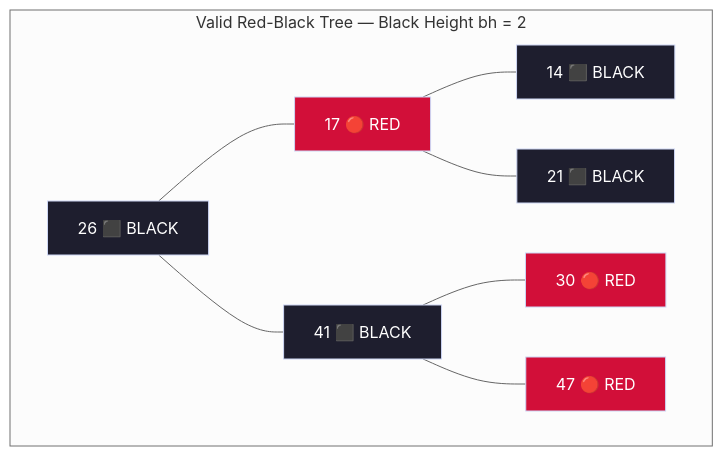
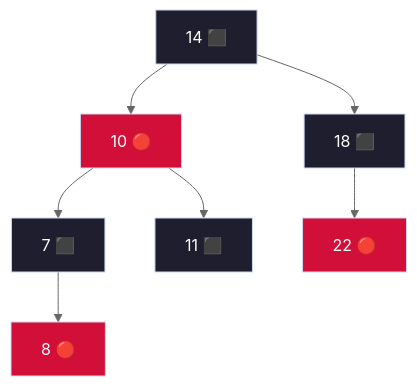
The eighth of 29 diagrams in notes/design_and_analysis_of_algorithms/Unit_04_Advanced_Data_Structures.md (DeepLumiere/DeepSkills), drawn with Mermaid (neutral theme) before and after one commit. The commit also changed other lines of this file, not shown here.

Commit message:
feat: add comprehensive notes and trace documentation for advanced data structures including Red-Black Trees

````diff
--- a/notes/design_and_analysis_of_algorithms/Unit_04_Advanced_Data_Structures.md
+++ b/notes/design_and_analysis_of_algorithms/Unit_04_Advanced_Data_Structures.md
@@ -46,18 +260,16 @@
 ```mermaid
 flowchart TD
-    subgraph "Valid Red-Black Tree — Black Height bh = 2"
-        R["26 ⬛ BLACK"] --- N17["17 🔴 RED"]
-        R --- N41["41 ⬛ BLACK"]
-        N17 --- N14["14 ⬛ BLACK"]
-        N17 --- N21["21 ⬛ BLACK"]
-        N41 --- N30["30 🔴 RED"]
-        N41 --- N47["47 🔴 RED"]
-        style R fill:#1e1e2e,stroke:#cdd6f4,color:#fff
-        style N17 fill:#d20f39,stroke:#cdd6f4,color:#fff
-        style N41 fill:#1e1e2e,stroke:#cdd6f4,color:#fff
-        style N14 fill:#1e1e2e,stroke:#cdd6f4,color:#fff
-        style N21 fill:#1e1e2e,stroke:#cdd6f4,color:#fff
-        style N30 fill:#d20f39,stroke:#cdd6f4,color:#fff
-        style N47 fill:#d20f39,stroke:#cdd6f4,color:#fff
-    end
+    s7["14 ⬛"] --> s7l["10 🔴"]
+    s7 --> s7r["18 ⬛"]
+    s7l --> s7ll["7 ⬛"]
+    s7l --> s7lr["11 ⬛"]
+    s7ll --> s7llr["8 🔴"]
+    s7r --> s7rr["22 🔴"]
+    style s7 fill:#1e1e2e,color:#fff,stroke:#cdd6f4
+    style s7l fill:#d20f39,color:#fff,stroke:#cdd6f4
+    style s7r fill:#1e1e2e,color:#fff,stroke:#cdd6f4
+    style s7ll fill:#1e1e2e,color:#fff,stroke:#cdd6f4
+    style s7lr fill:#1e1e2e,color:#fff,stroke:#cdd6f4
+    style s7llr fill:#d20f39,color:#fff,stroke:#cdd6f4
+    style s7rr fill:#d20f39,color:#fff,stroke:#cdd6f4
 ```
````
